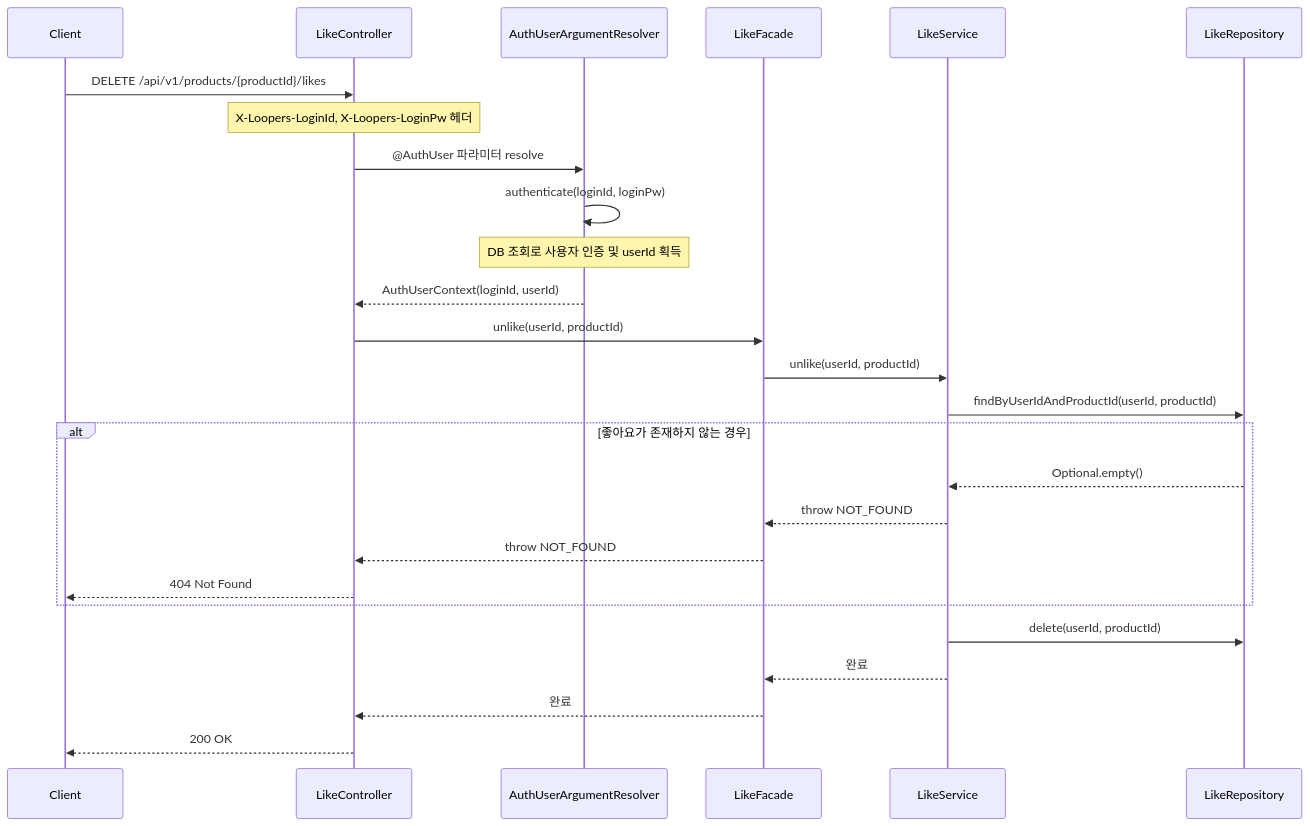
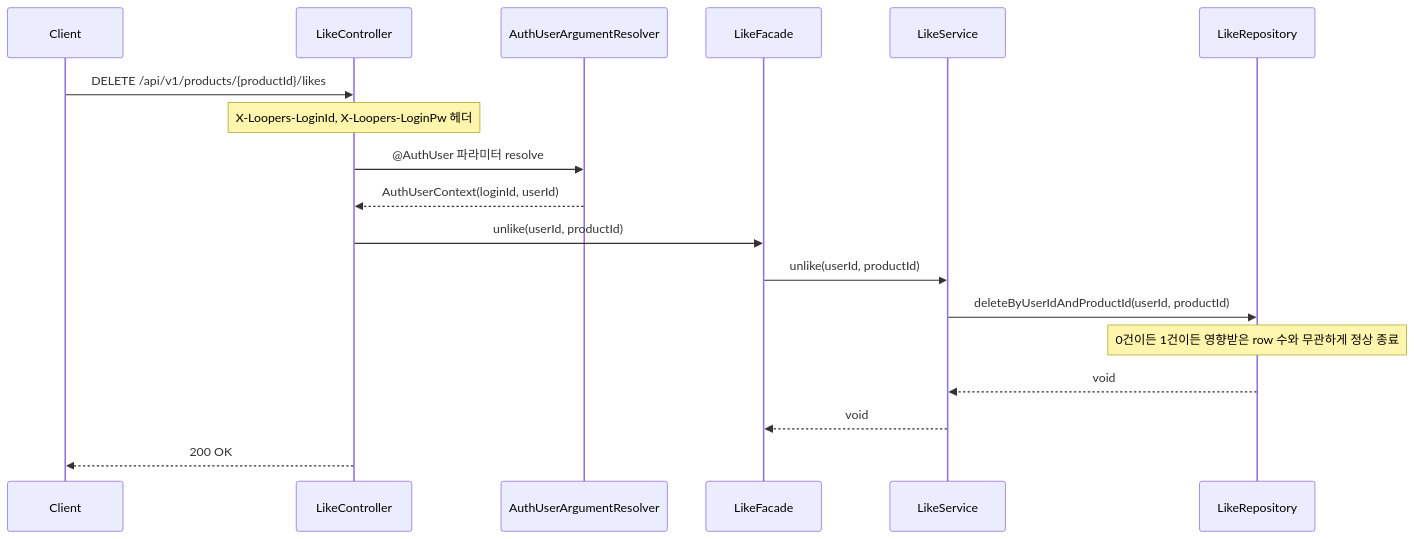
Before and after one commit to loopers-labs/loop-pack-be-l2-vol4-java: diagram 14 of 20 in docs/week2/02-sequence-diagrams.md, drawn with Mermaid. The commit also changed other lines of this file and 3 other files, not shown here.

First line of the commit message:
docs: 요구사항 정의서 전체 리라이트 및 시퀀스/클래스/ERD 보완

````diff
--- a/docs/week2/02-sequence-diagrams.md
+++ b/docs/week2/02-sequence-diagrams.md
@@ -311,33 +436,25 @@
 ```mermaid
 sequenceDiagram
     participant Client
     participant LikeController
     participant AuthUserArgumentResolver
     participant LikeFacade
     participant LikeService
     participant LikeRepository
 
     Client->>LikeController: DELETE /api/v1/products/{productId}/likes
     Note over LikeController: X-Loopers-LoginId, X-Loopers-LoginPw 헤더
 
     LikeController->>AuthUserArgumentResolver: @AuthUser 파라미터 resolve
-    AuthUserArgumentResolver->>AuthUserArgumentResolver: authenticate(loginId, loginPw)
-    Note over AuthUserArgumentResolver: DB 조회로 사용자 인증 및 userId 획득
     AuthUserArgumentResolver-->>LikeController: AuthUserContext(loginId, userId)
 
     LikeController->>LikeFacade: unlike(userId, productId)
     LikeFacade->>LikeService: unlike(userId, productId)
 
-    LikeService->>LikeRepository: findByUserIdAndProductId(userId, productId)
-    alt 좋아요가 존재하지 않는 경우
-        LikeRepository-->>LikeService: Optional.empty()
-        LikeService-->>LikeFacade: throw NOT_FOUND
-        LikeFacade-->>LikeController: throw NOT_FOUND
-        LikeController-->>Client: 404 Not Found
-    end
+    LikeService->>LikeRepository: deleteByUserIdAndProductId(userId, productId)
+    Note over LikeRepository: 0건이든 1건이든 영향받은 row 수와 무관하게 정상 종료
+    LikeRepository-->>LikeService: void
 
-    LikeService->>LikeRepository: delete(userId, productId)
-    LikeService-->>LikeFacade: 완료
-    LikeFacade-->>LikeController: 완료
+    LikeService-->>LikeFacade: void
     LikeController-->>Client: 200 OK
 ```
````
